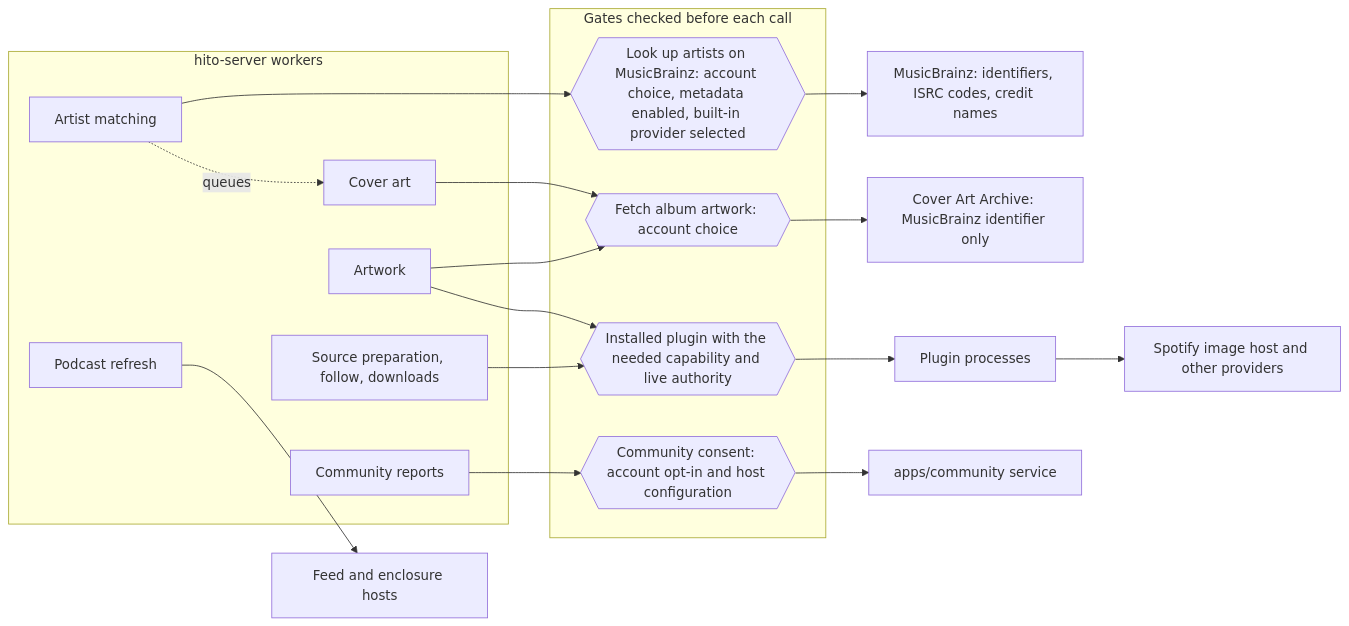
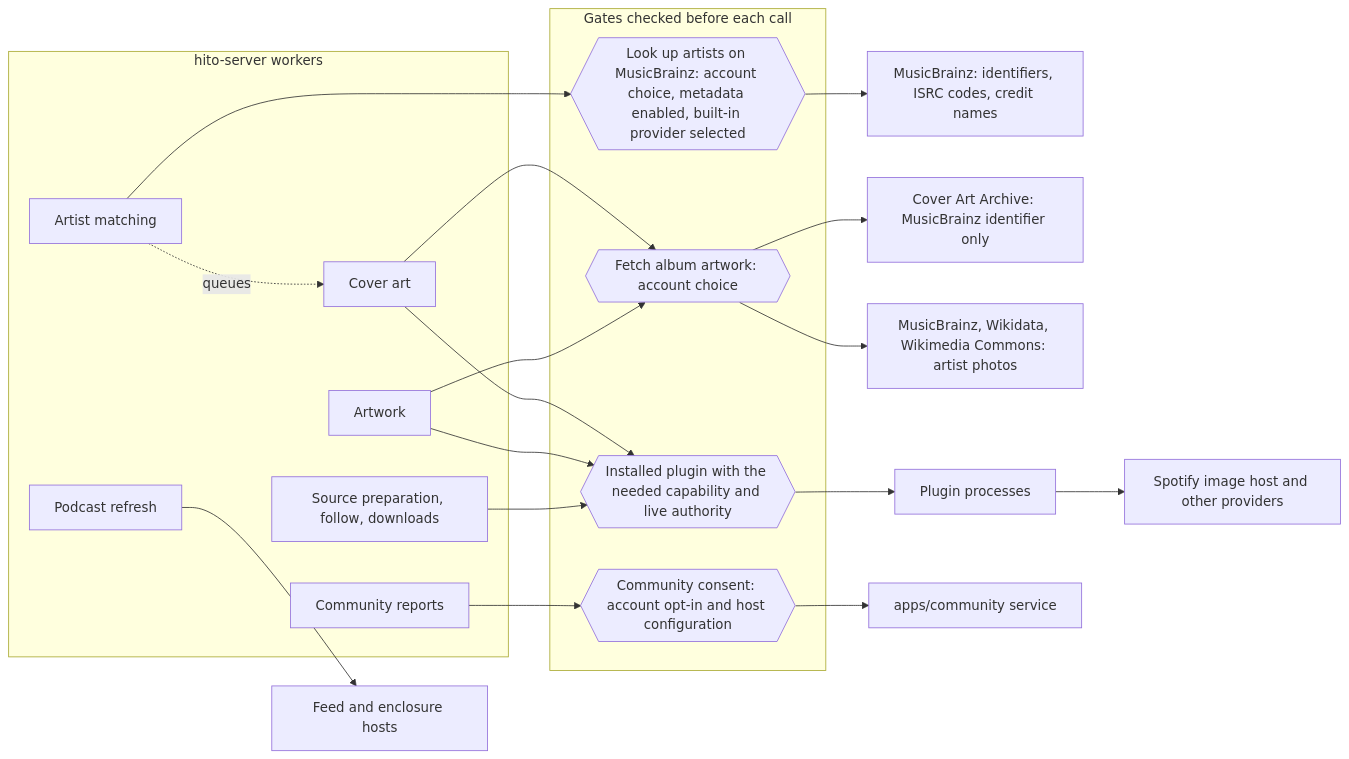
Before and after one commit to acidiney/hitoapp: the fourth of 12 diagrams in docs/architecture.md, drawn with Mermaid. The commit also changed other lines of this file, not shown here.

Commit message:
Add a runtime worker diagram and correct the cover art worker calls in the architecture doc

````diff
--- a/docs/architecture.md
+++ b/docs/architecture.md
@@ -149,27 +171,29 @@
 ```mermaid
 flowchart LR
   subgraph Gates["Gates checked before each call"]
     Lookup{{"Look up artists on MusicBrainz: account choice, metadata enabled, built-in provider selected"}}
     Artwork{{"Fetch album artwork: account choice"}}
     Consent{{"Community consent: account opt-in and host configuration"}}
     Grant{{"Installed plugin with the needed capability and live authority"}}
   end
   subgraph Workers["hito-server workers"]
     Matching["Artist matching"]
     CoverArt["Cover art"]
     ArtworkW["Artwork"]
     Prep["Source preparation, follow, downloads"]
     Reports["Community reports"]
     Podcasts["Podcast refresh"]
   end
   Matching --> Lookup --> MB["MusicBrainz: identifiers, ISRC codes, credit names"]
   CoverArt --> Artwork --> CAA["Cover Art Archive: MusicBrainz identifier only"]
+  Artwork --> Wiki["MusicBrainz, Wikidata, Wikimedia Commons: artist photos"]
+  CoverArt --> Grant
   ArtworkW --> Artwork
   ArtworkW --> Grant
   Prep --> Grant
   Grant --> Plug["Plugin processes"]
   Plug --> Spotify["Spotify image host and other providers"]
   Reports --> Consent --> Com["apps/community service"]
   Podcasts --> Feeds["Feed and enclosure hosts"]
   Matching -. queues .-> CoverArt
 ```
````
